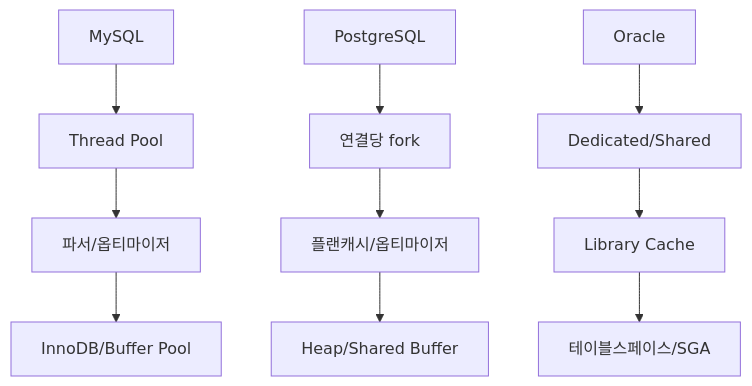
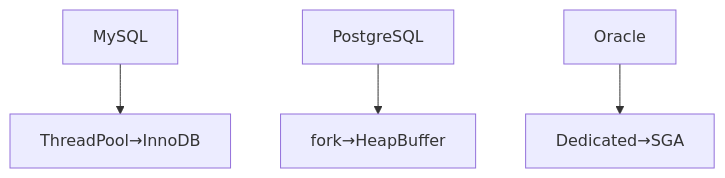
The first of 15 diagrams in _posts/db/2026-05-01-db-comparison.md (yjkim2015/yjkim2015.github.io), drawn with Mermaid before and after one commit. The commit also changed other lines of this file and 155 other files, not shown here.

First line of the commit message:
Mermaid 전면 수정: subgraph 제거, participant/노드/줄수 축소 (342블록)

````diff
--- a/_posts/db/2026-05-01-db-comparison.md
+++ b/_posts/db/2026-05-01-db-comparison.md
@@ -52,6 +52,6 @@
 ```mermaid
 graph TD
-    A1["MySQL"] --> B1["Thread Pool"] --> C1["파서/옵티마이저"] --> D1["InnoDB/Buffer Pool"]
-    A2["PostgreSQL"] --> B2["연결당 fork"] --> C2["플랜캐시/옵티마이저"] --> D2["Heap/Shared Buffer"]
-    A3["Oracle"] --> B3["Dedicated/Shared"] --> C3["Library Cache"] --> D3["테이블스페이스/SGA"]
+    A1["MySQL"] --> D1["ThreadPool→InnoDB"]
+    A2["PostgreSQL"] --> D2["fork→HeapBuffer"]
+    A3["Oracle"] --> D3["Dedicated→SGA"]
 ```
````
